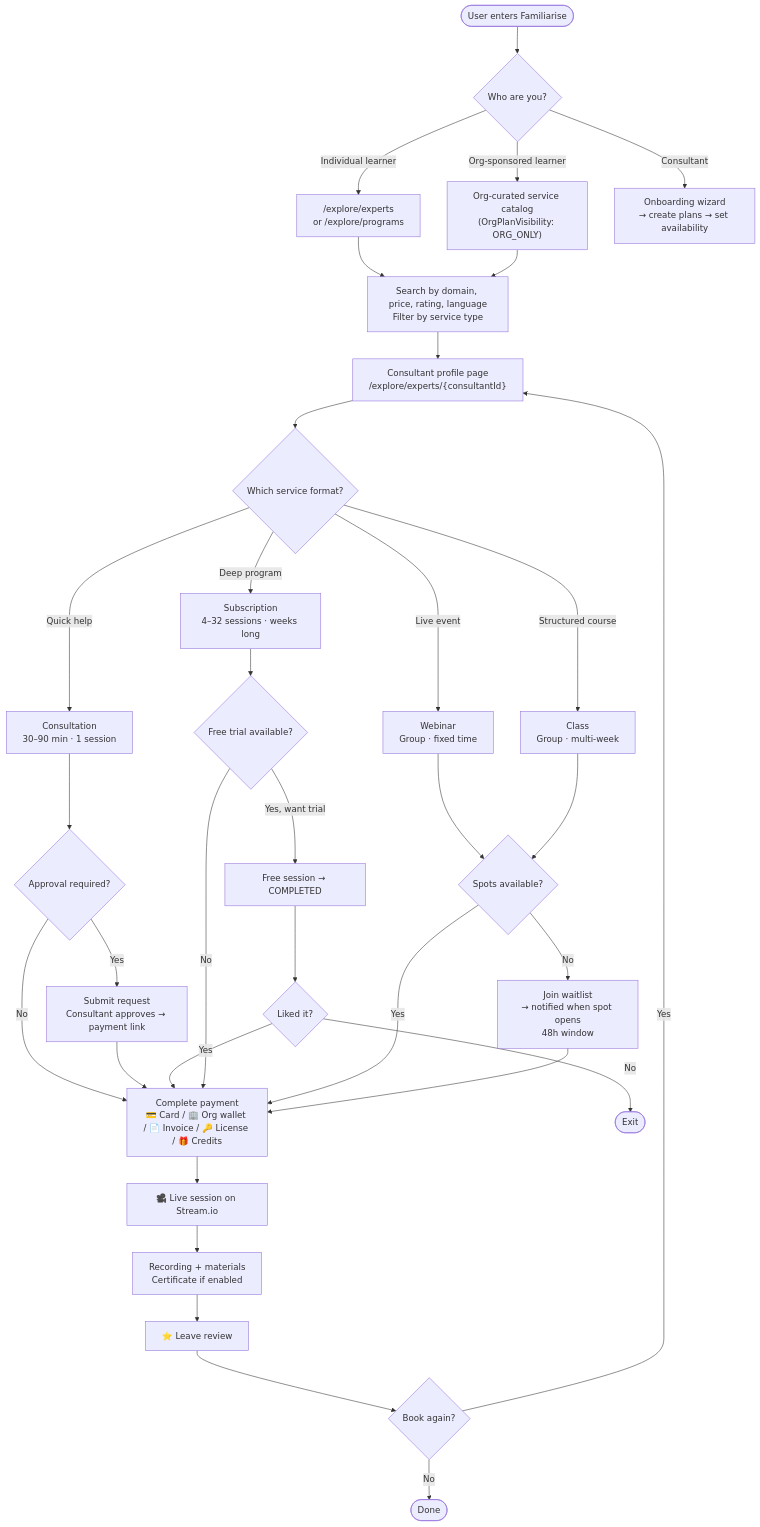
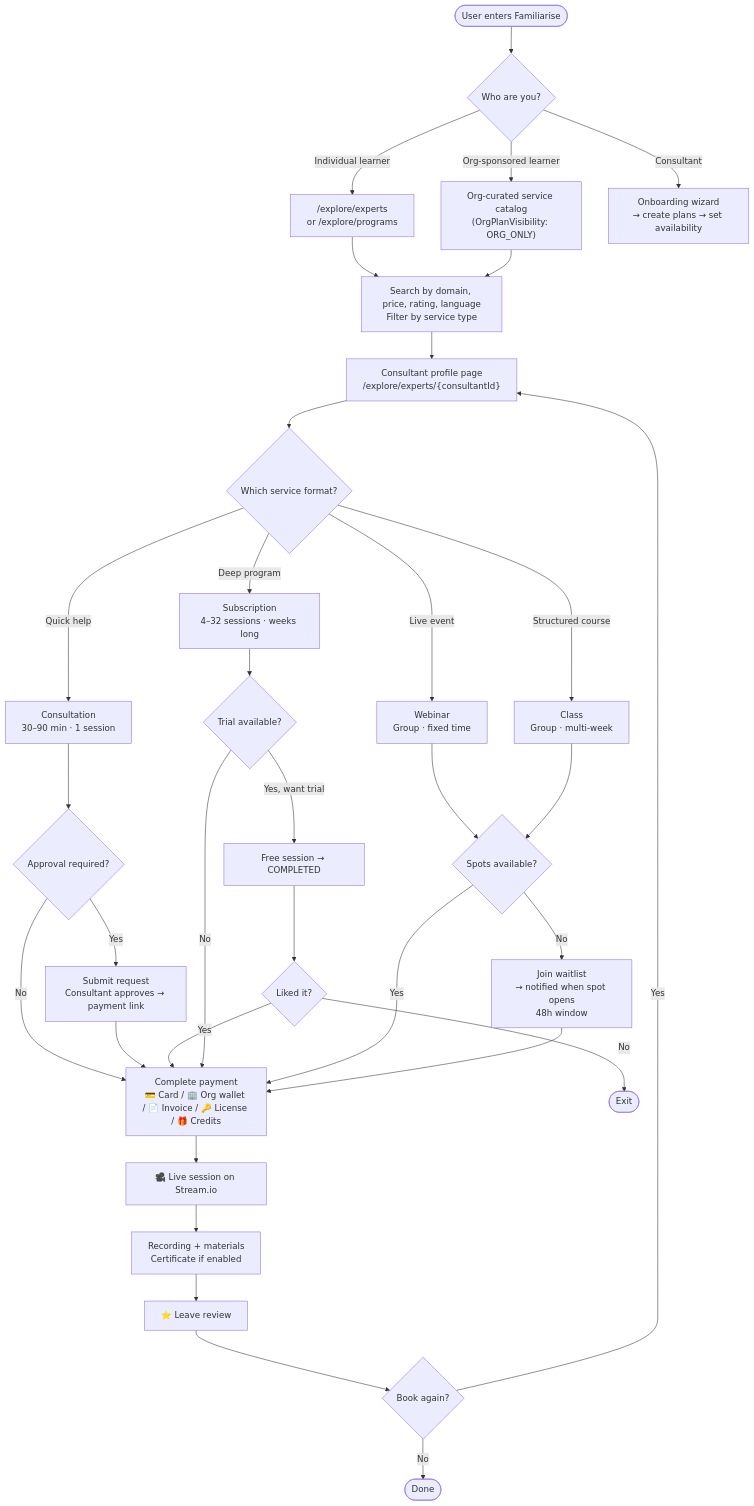
One commit to Practitionist/familiarise_web changed diagram 17 of 19 in docs/architecture/product-flow-map.md. Above: the diagram before and after it, drawn with Mermaid. The commit also changed other lines of this file and 5 other files, not shown here.

First line of the commit message:
refactor(trials): neutralize the last free-trial copy in explore UI + docs

````diff
--- a/docs/architecture/product-flow-map.md
+++ b/docs/architecture/product-flow-map.md
@@ -505,43 +505,43 @@
 ```mermaid
 flowchart TD
     Entry([User enters Familiarise]) --> RoleCheck{Who are you?}
 
     RoleCheck -- Individual learner --> Explore["/explore/experts\nor /explore/programs"]
     RoleCheck -- Org-sponsored learner --> OrgCatalog["Org-curated service catalog\n(OrgPlanVisibility: ORG_ONLY)"]
     RoleCheck -- Consultant --> OnboardWizard["Onboarding wizard\n→ create plans → set availability"]
 
     Explore --> SearchFilter["Search by domain, price, rating, language\nFilter by service type"]
     OrgCatalog --> SearchFilter
     SearchFilter --> Profile["Consultant profile page\n/explore/experts/{consultantId}"]
 
     Profile --> ServiceChoice{Which service format?}
     ServiceChoice -- Quick help --> C["Consultation\n30–90 min · 1 session"]
     ServiceChoice -- Deep program --> S["Subscription\n4–32 sessions · weeks long"]
     ServiceChoice -- Live event --> W["Webinar\nGroup · fixed time"]
     ServiceChoice -- Structured course --> CL["Class\nGroup · multi-week"]
 
     C --> ApprovalGate{Approval required?}
     ApprovalGate -- No --> Pay
     ApprovalGate -- Yes --> RequestApproval["Submit request\nConsultant approves → payment link"]
     RequestApproval --> Pay
 
-    S --> TrialGate{Free trial available?}
+    S --> TrialGate{Trial available?}
     TrialGate -- Yes, want trial --> FreeTrial["Free session → COMPLETED"]
     FreeTrial --> Liked{Liked it?}
     Liked -- Yes --> Pay
     Liked -- No --> Exit(["Exit"])
     TrialGate -- No --> Pay
 
     W --> CapGate{Spots available?}
     CL --> CapGate
     CapGate -- Yes --> Pay
     CapGate -- No --> Waitlist["Join waitlist\n→ notified when spot opens\n48h window"]
     Waitlist --> Pay
 
     Pay["Complete payment\n💳 Card / 🏢 Org wallet / 📄 Invoice / 🔑 License / 🎁 Credits"] --> Session["🎥 Live session on Stream.io"]
     Session --> PostSession["Recording + materials\nCertificate if enabled"]
     PostSession --> Review["⭐ Leave review"]
     Review --> Repeat{Book again?}
     Repeat -- Yes --> Profile
     Repeat -- No --> Done(["Done"])
 ```
````
